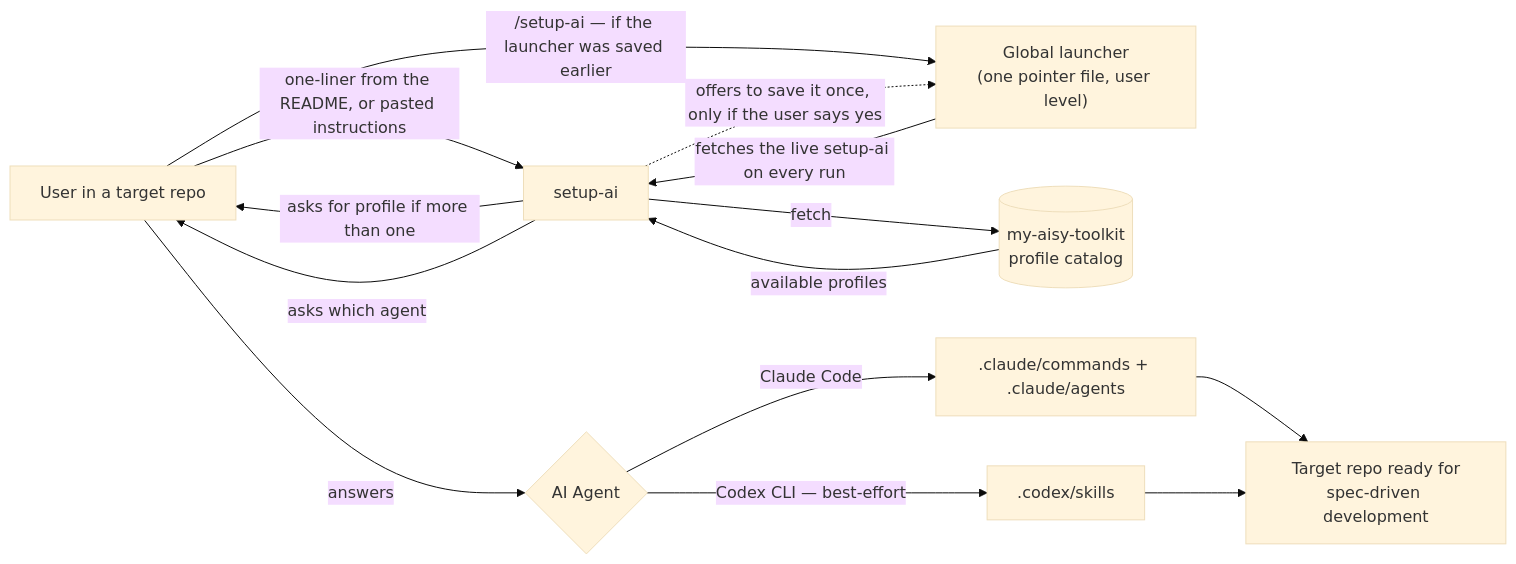
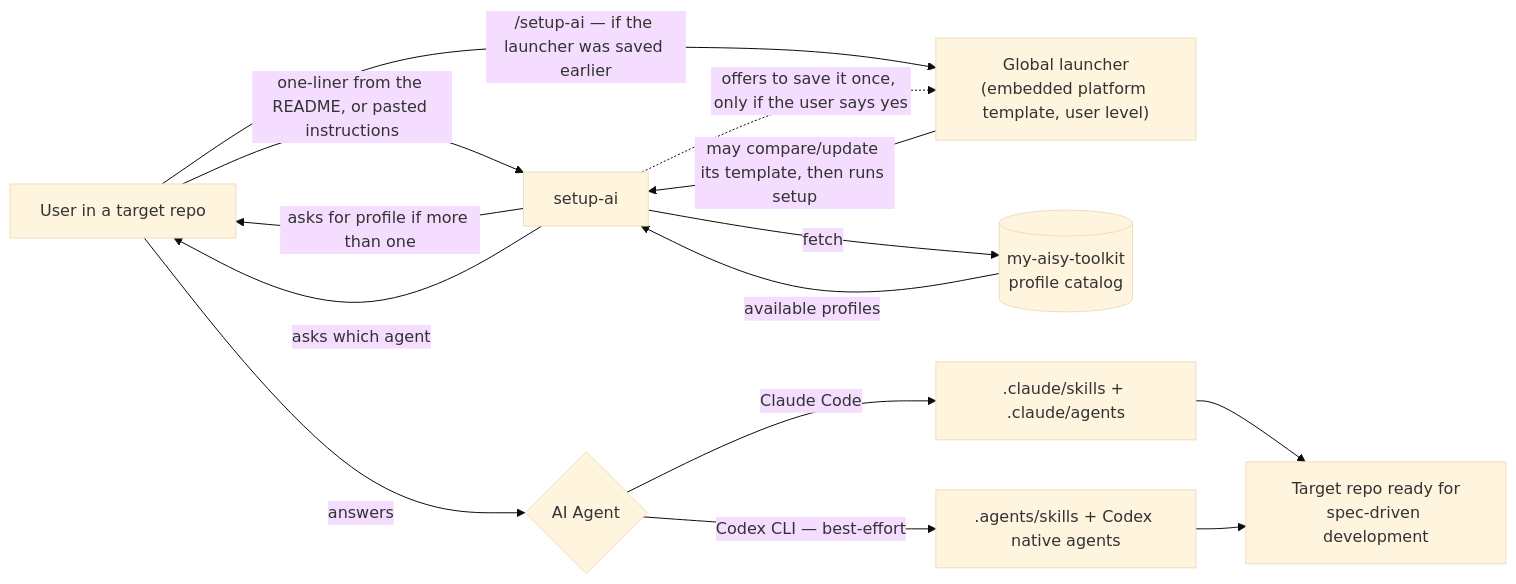
One commit to charlstown/my-aisy-toolkit changed the diagram in specs/product-spec.md. Above: the diagram before and after it, drawn with Mermaid (base theme). The commit also changed other lines of this file and 12 other files, not shown here.

````diff
--- a/specs/product-spec.md
+++ b/specs/product-spec.md
@@ -43,16 +43,16 @@
 ```mermaid
 flowchart LR
     U[User in a target repo] -->|"one-liner from the README, or pasted instructions"| S[setup-ai]
-    U -->|"/setup-ai — if the launcher was saved earlier"| L["Global launcher<br/>(one pointer file, user level)"]
-    L -->|"fetches the live setup-ai on every run"| S
+    U -->|"/setup-ai — if the launcher was saved earlier"| L["Global launcher<br/>(embedded platform template, user level)"]
+    L -->|"may compare/update its template, then runs setup"| S
     S -.->|"offers to save it once, only if the user says yes"| L
     S -->|fetch| CAT[(my-aisy-toolkit<br/>profile catalog)]
     CAT -->|available profiles| S
     S -->|asks for profile if more than one| U
     S -->|asks which agent| U
     U -->|answers| AG{AI Agent}
-    AG -->|Claude Code| CC[".claude/commands + .claude/agents"]
-    AG -->|Codex CLI — best-effort| CX[".codex/skills"]
+    AG -->|Claude Code| CC[".claude/skills + .claude/agents"]
+    AG -->|Codex CLI — best-effort| CX[".agents/skills + Codex native agents"]
     CC --> D[Target repo ready for<br/>spec-driven development]
     CX --> D
 ```
````
